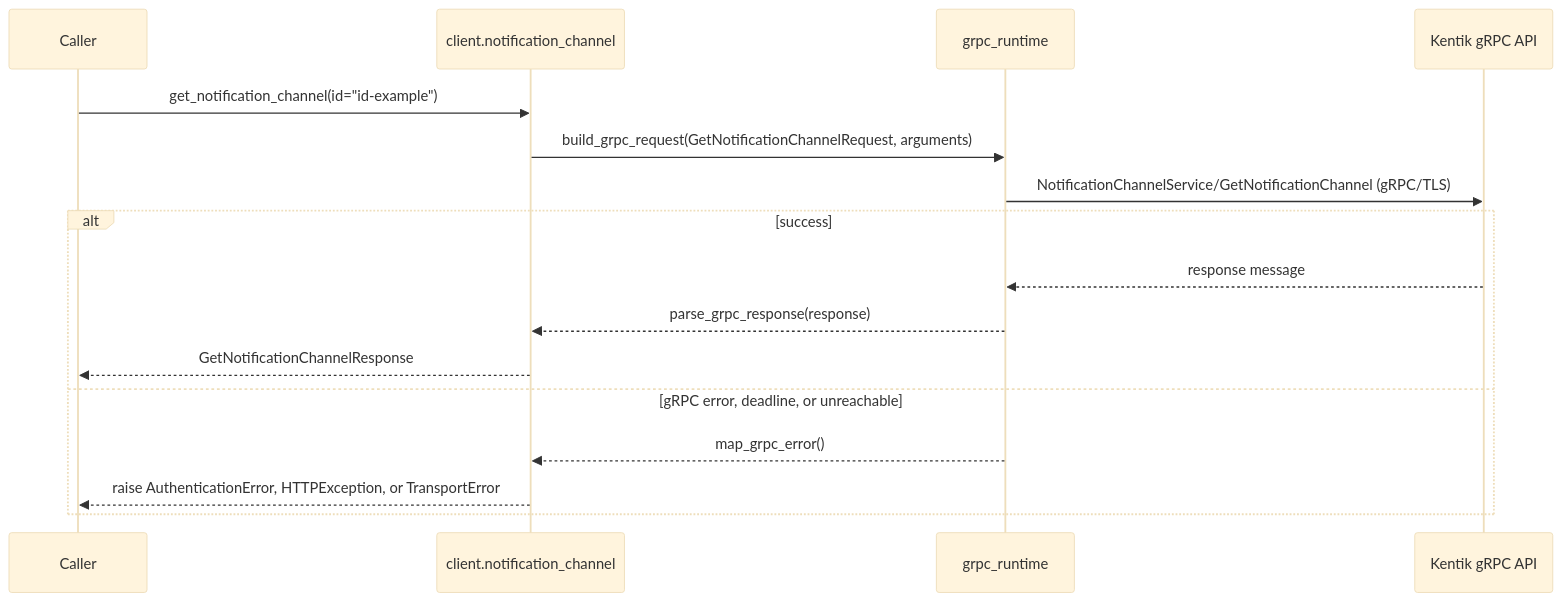
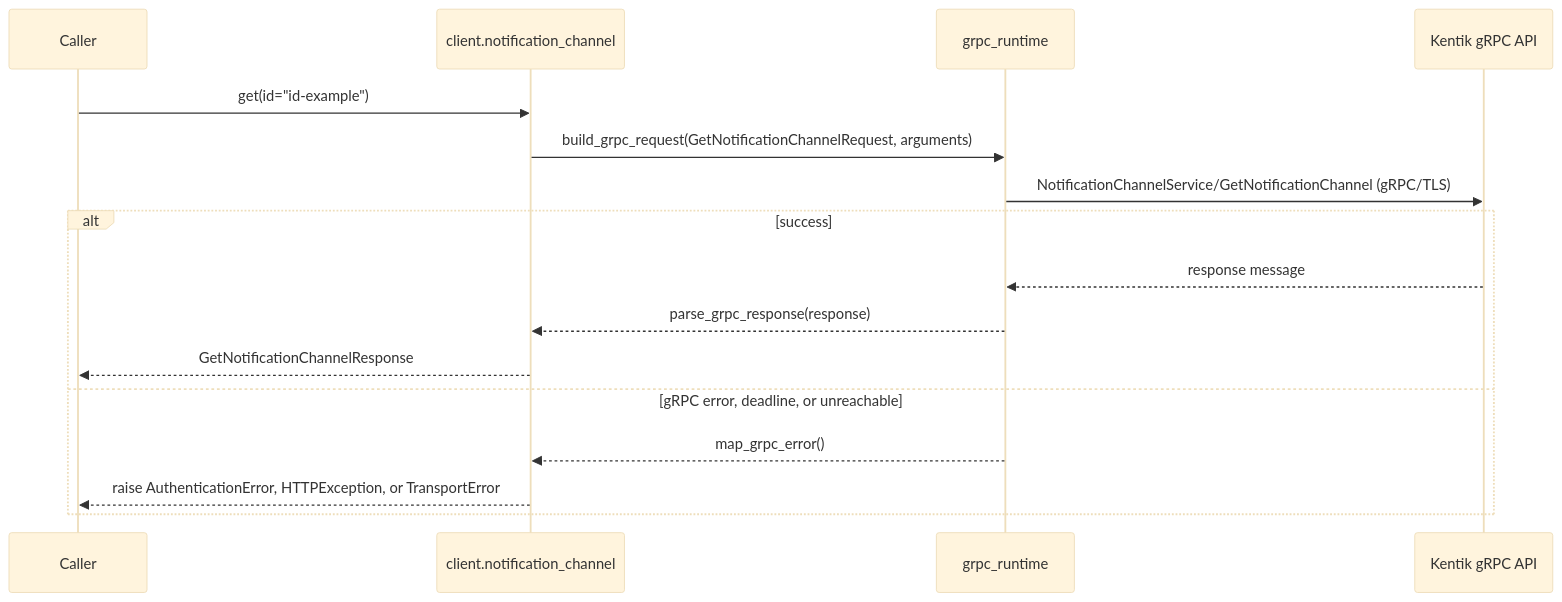
One commit to alexdearaujo/community_sdk_python changed the seventh of 8 diagrams in docs/sphinx/services/notification_channel.md. Above: the diagram before and after it, drawn with Mermaid (base theme). The commit also changed other lines of this file and 119 other files, not shown here.

````diff
--- a/docs/sphinx/services/notification_channel.md
+++ b/docs/sphinx/services/notification_channel.md
@@ -204,19 +204,19 @@
 ```mermaid
 sequenceDiagram
     participant C as Caller
     participant W as client.notification_channel
     participant R as grpc_runtime
     participant API as Kentik gRPC API
 
-    C->>W: get_notification_channel(id="id-example")
+    C->>W: get(id="id-example")
     W->>R: build_grpc_request(GetNotificationChannelRequest, arguments)
     R->>API: NotificationChannelService/GetNotificationChannel (gRPC/TLS)
     alt success
         API-->>R: response message
         R-->>W: parse_grpc_response(response)
         W-->>C: GetNotificationChannelResponse
     else gRPC error, deadline, or unreachable
         R-->>W: map_grpc_error()
         W-->>C: raise AuthenticationError, HTTPException, or TransportError
     end
 ```
````
